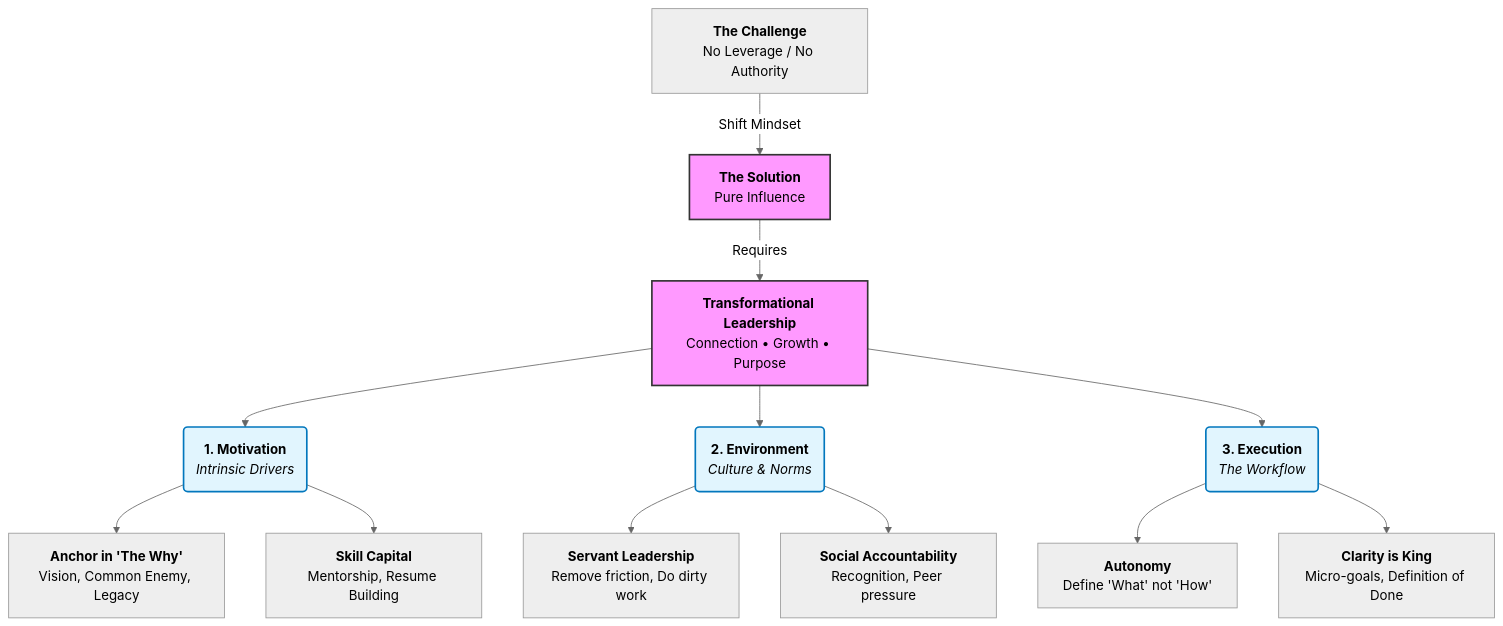
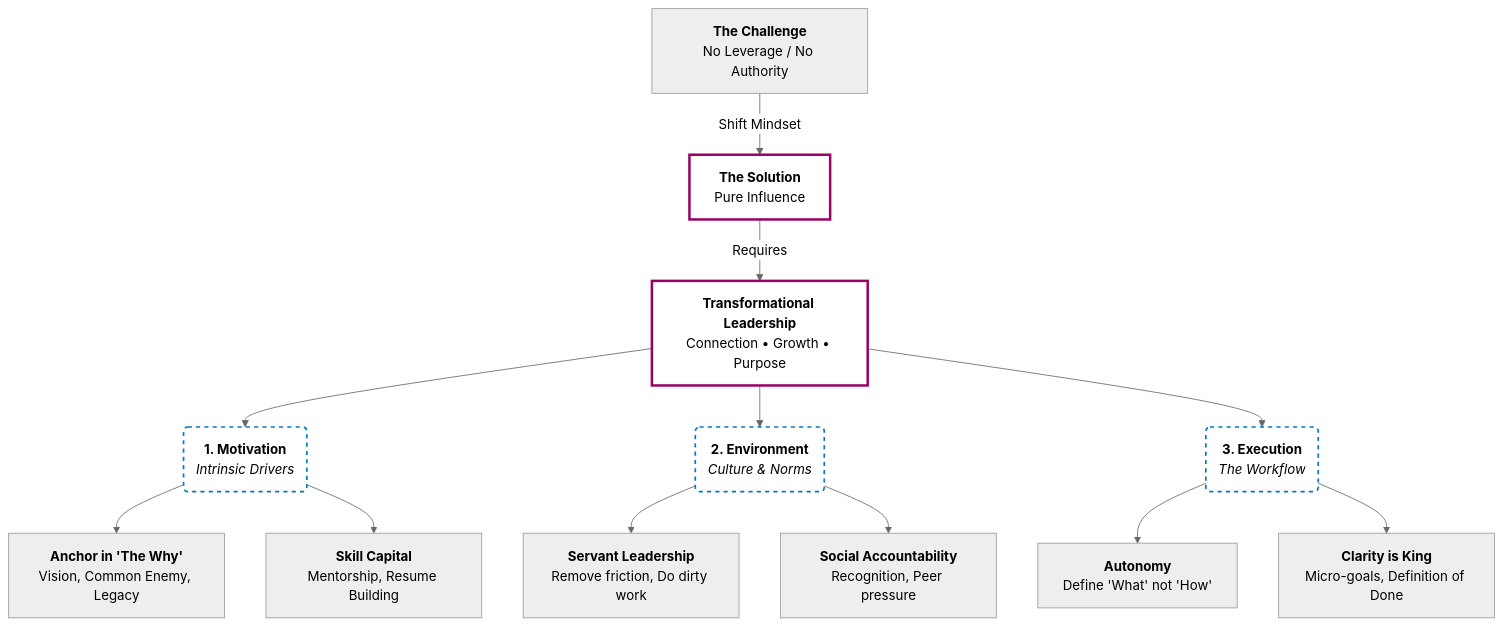
The diagram in _posts/2026-01-07-leader-playbook-vol-1.md (b0yu-li/b0yu-li.github.io), drawn with Mermaid (neutral theme) before and after one commit.

Commit message:
feat: revise the diagram for better readability in dark mode

````diff
--- a/_posts/2026-01-07-leader-playbook-vol-1.md
+++ b/_posts/2026-01-07-leader-playbook-vol-1.md
@@ -21,28 +21,32 @@
 ```mermaid
 graph TD
     %% Core Problem & Solution
     Start[<b>The Challenge</b><br/>No Leverage / No Authority] -->|Shift Mindset| Solution[<b>The Solution</b><br/>Pure Influence]
 
     Solution -->|Requires| Trans[<b>Transformational Leadership</b><br/>Connection • Growth • Purpose]
 
     %% The 6 Pillars grouped by category
     Trans --> P1(<b>1. Motivation</b><br/><i>Intrinsic Drivers</i>)
     Trans --> P2(<b>2. Environment</b><br/><i>Culture & Norms</i>)
     Trans --> P3(<b>3. Execution</b><br/><i>The Workflow</i>)
 
     %% Details
     P1 --> Why[<b>Anchor in 'The Why'</b><br/>Vision, Common Enemy, Legacy]
     P1 --> Growth[<b>Skill Capital</b><br/>Mentorship, Resume Building]
 
     P2 --> Servant[<b>Servant Leadership</b><br/>Remove friction, Do dirty work]
     P2 --> Account[<b>Social Accountability</b><br/>Recognition, Peer pressure]
 
     P3 --> Auto[<b>Autonomy</b><br/>Define 'What' not 'How']
     P3 --> Clear[<b>Clarity is King</b><br/>Micro-goals, Definition of Done]
 
-    %% Styling
-    classDef main fill:#f9f,stroke:#333,stroke-width:2px;
-    classDef pillar fill:#e1f5fe,stroke:#0277bd,stroke-width:2px;
+    %% Styling - REVISED FOR DARK MODE
+    %% We use white fills (fill:#fff) so they invert to black in dark mode
+    %% We use colored strokes (borders) to distinguish categories
+    
+    classDef main fill:#fff,stroke:#906,stroke-width:3px,color:#000;
+    classDef pillar fill:#fff,stroke:#0277bd,stroke-width:2px,stroke-dasharray: 5 5,color:#000;
+    
     class Solution,Trans main;
     class P1,P2,P3 pillar;
 ```
````
